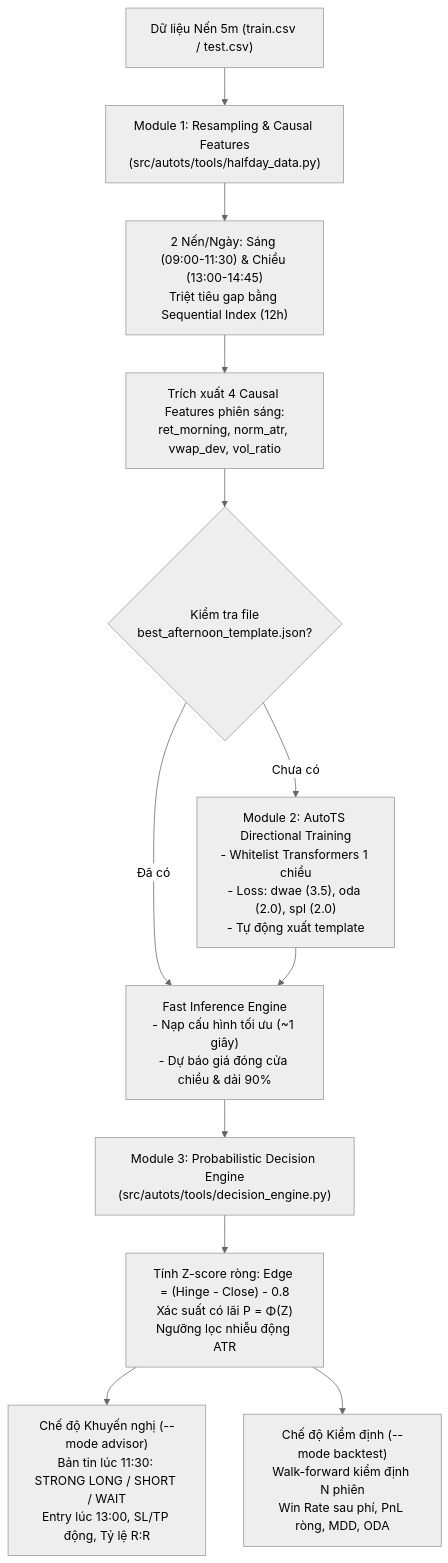
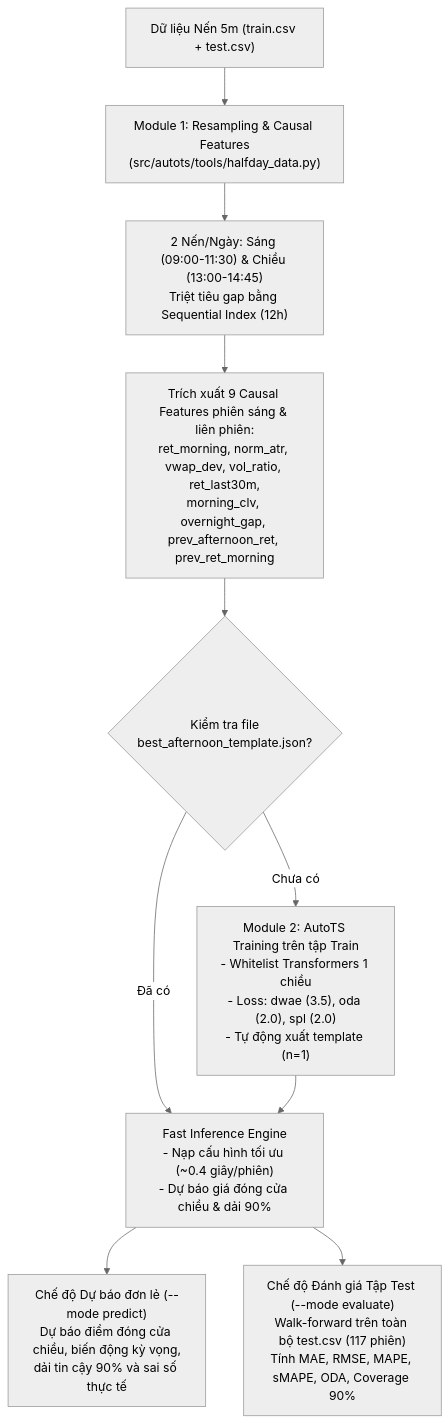
Before and after one commit to tempusoneps/AutoTS4PS: the diagram in docs/afternoon_session_prediction.md, drawn with Mermaid (neutral theme). The commit also changed other lines of this file and 8 other files, not shown here.

Commit message:
feat(forecast): refactor afternoon session prediction and add 9 causal features

````diff
--- a/docs/afternoon_session_prediction.md
+++ b/docs/afternoon_session_prediction.md
@@ -25,17 +26,14 @@
 ```mermaid
 flowchart TD
-    A["Dữ liệu Nến 5m (train.csv / test.csv)"] --> B["Module 1: Resampling & Causal Features\n(src/autots/tools/halfday_data.py)"]
+    A["Dữ liệu Nến 5m (train.csv + test.csv)"] --> B["Module 1: Resampling & Causal Features\n(src/autots/tools/halfday_data.py)"]
     B --> C["2 Nến/Ngày: Sáng (09:00-11:30) & Chiều (13:00-14:45)\nTriệt tiêu gap bằng Sequential Index (12h)"]
-    C --> D["Trích xuất 4 Causal Features phiên sáng:\nret_morning, norm_atr, vwap_dev, vol_ratio"]
+    C --> D["Trích xuất 9 Causal Features phiên sáng & liên phiên:\nret_morning, norm_atr, vwap_dev, vol_ratio, ret_last30m,\nmorning_clv, overnight_gap, prev_afternoon_ret, prev_ret_morning"]
     D --> E{"Kiểm tra file\nbest_afternoon_template.json?"}
     
-    E -- "Chưa có" --> F["Module 2: AutoTS Directional Training\n- Whitelist Transformers 1 chiều\n- Loss: dwae (3.5), oda (2.0), spl (2.0)\n- Tự động xuất template"]
-    E -- "Đã có" --> G["Fast Inference Engine\n- Nạp cấu hình tối ưu (~1 giây)\n- Dự báo giá đóng cửa chiều & dải 90%"]
+    E -- "Chưa có" --> F["Module 2: AutoTS Training trên tập Train\n- Whitelist Transformers 1 chiều\n- Loss: dwae (3.5), oda (2.0), spl (2.0)\n- Tự động xuất template (n=1)"]
+    E -- "Đã có" --> G["Fast Inference Engine\n- Nạp cấu hình tối ưu (~0.4 giây/phiên)\n- Dự báo giá đóng cửa chiều & dải 90%"]
     F --> G
     
-    G --> H["Module 3: Probabilistic Decision Engine\n(src/autots/tools/decision_engine.py)"]
-    H --> I["Tính Z-score ròng: Edge = (Hinge - Close) - 0.8\nXác suất có lãi P = Φ(Z)\nNgưỡng lọc nhiễu động ATR"]
-    
-    I --> J["Chế độ Khuyến nghị (--mode advisor)\nBản tin lúc 11:30: STRONG LONG / SHORT / WAIT\nEntry lúc 13:00, SL/TP động, Tỷ lệ R:R"]
-    I --> K["Chế độ Kiểm định (--mode backtest)\nWalk-forward kiểm định N phiên\nWin Rate sau phí, PnL ròng, MDD, ODA"]
+    G --> H["Chế độ Dự báo đơn lẻ (--mode predict)\nDự báo điểm đóng cửa chiều, biến động kỳ vọng,\ndải tin cậy 90% và sai số thực tế"]
+    G --> I["Chế độ Đánh giá Tập Test (--mode evaluate)\nWalk-forward trên toàn bộ test.csv (117 phiên)\nTính MAE, RMSE, MAPE, sMAPE, ODA, Coverage 90%"]
 ```
````
